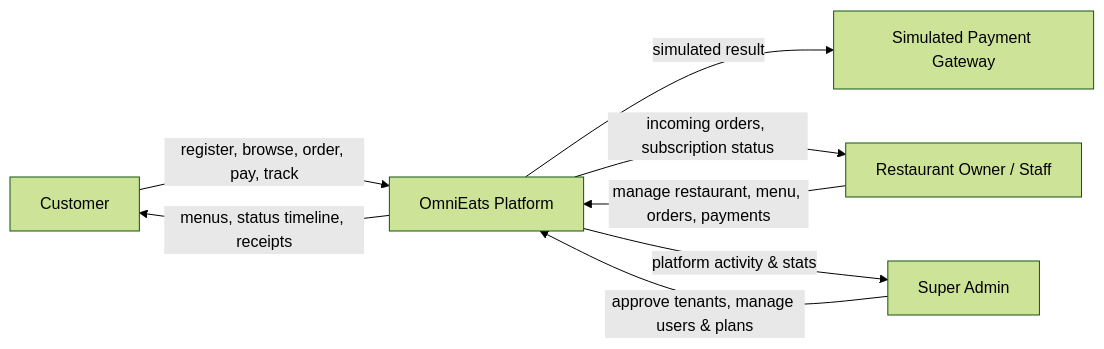
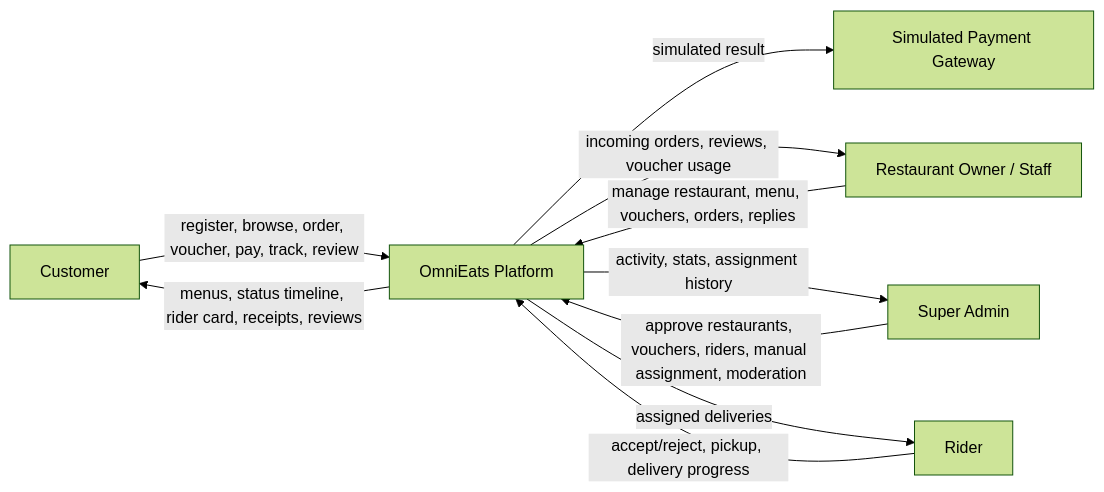
Before and after one commit to YongFeng07/OmniEats: the first of 3 diagrams in docs/DFD.md, drawn with Mermaid (forest theme). The commit also changed other lines of this file and 8 other files, not shown here.

````diff
--- a/docs/DFD.md
+++ b/docs/DFD.md
@@ -7,11 +8,13 @@
 ```mermaid
 flowchart LR
-    CU[Customer] -->|register, browse, order, pay, track| OE
-    RO[Restaurant Owner / Staff] -->|manage restaurant, menu, orders, payments| OE
-    SA[Super Admin] -->|approve tenants, manage users & plans| OE
+    CU[Customer] -->|register, browse, order, voucher, pay, track, review| OE
+    RO[Restaurant Owner / Staff] -->|manage restaurant, menu, vouchers, orders, replies| OE
+    SA[Super Admin] -->|approve restaurants, vouchers, riders, manual assignment, moderation| OE
+    RI[Rider] -->|accept/reject, pickup, delivery progress| OE
     OE[OmniEats Platform] -->|simulated result| GW[Simulated Payment Gateway]
 
-    OE -->|menus, status timeline, receipts| CU
-    OE -->|incoming orders, subscription status| RO
-    OE -->|platform activity & stats| SA
+    OE -->|menus, status timeline, rider card, receipts, reviews| CU
+    OE -->|incoming orders, reviews, voucher usage| RO
+    OE -->|activity, stats, assignment history| SA
+    OE -->|assigned deliveries| RI
 ```
````
